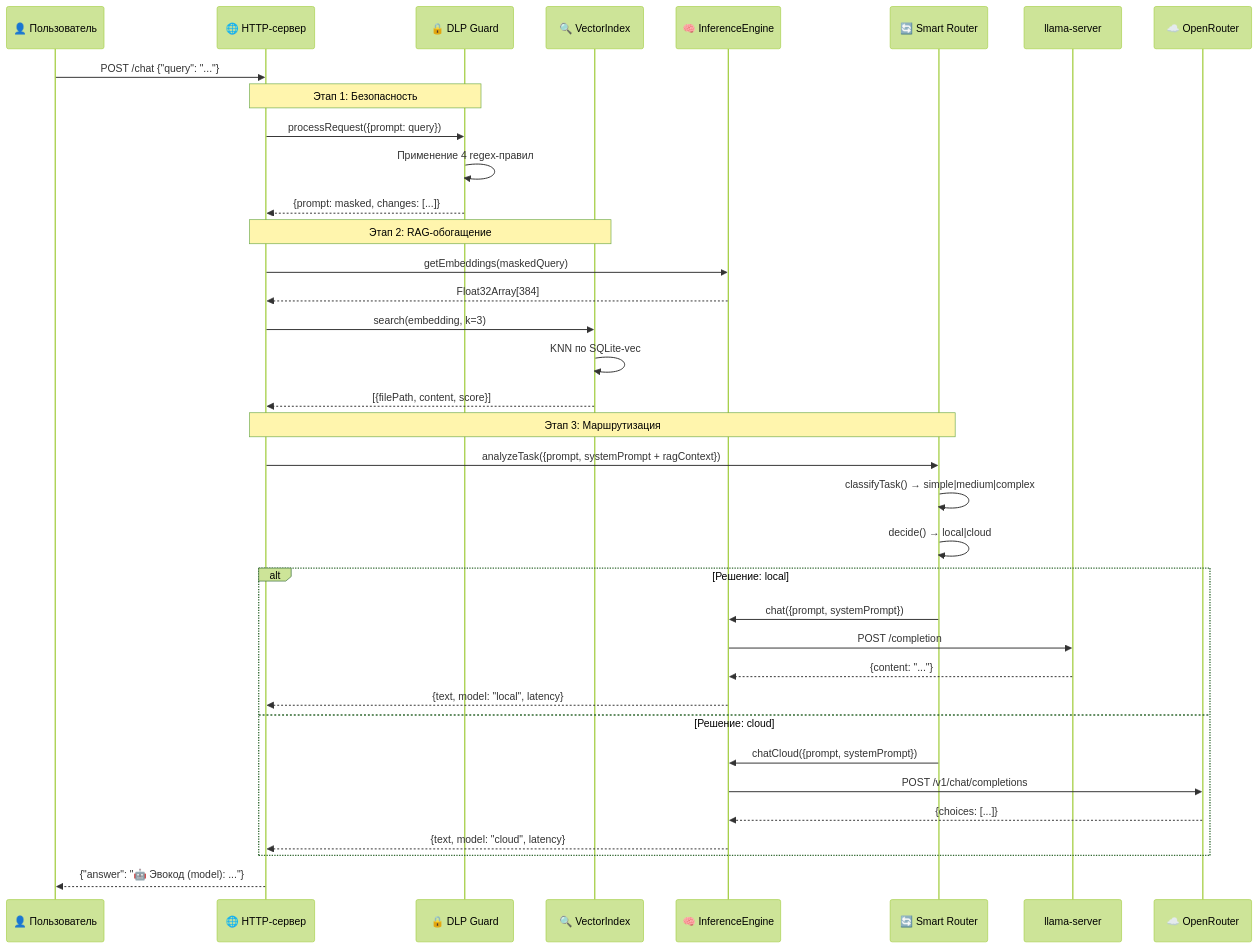
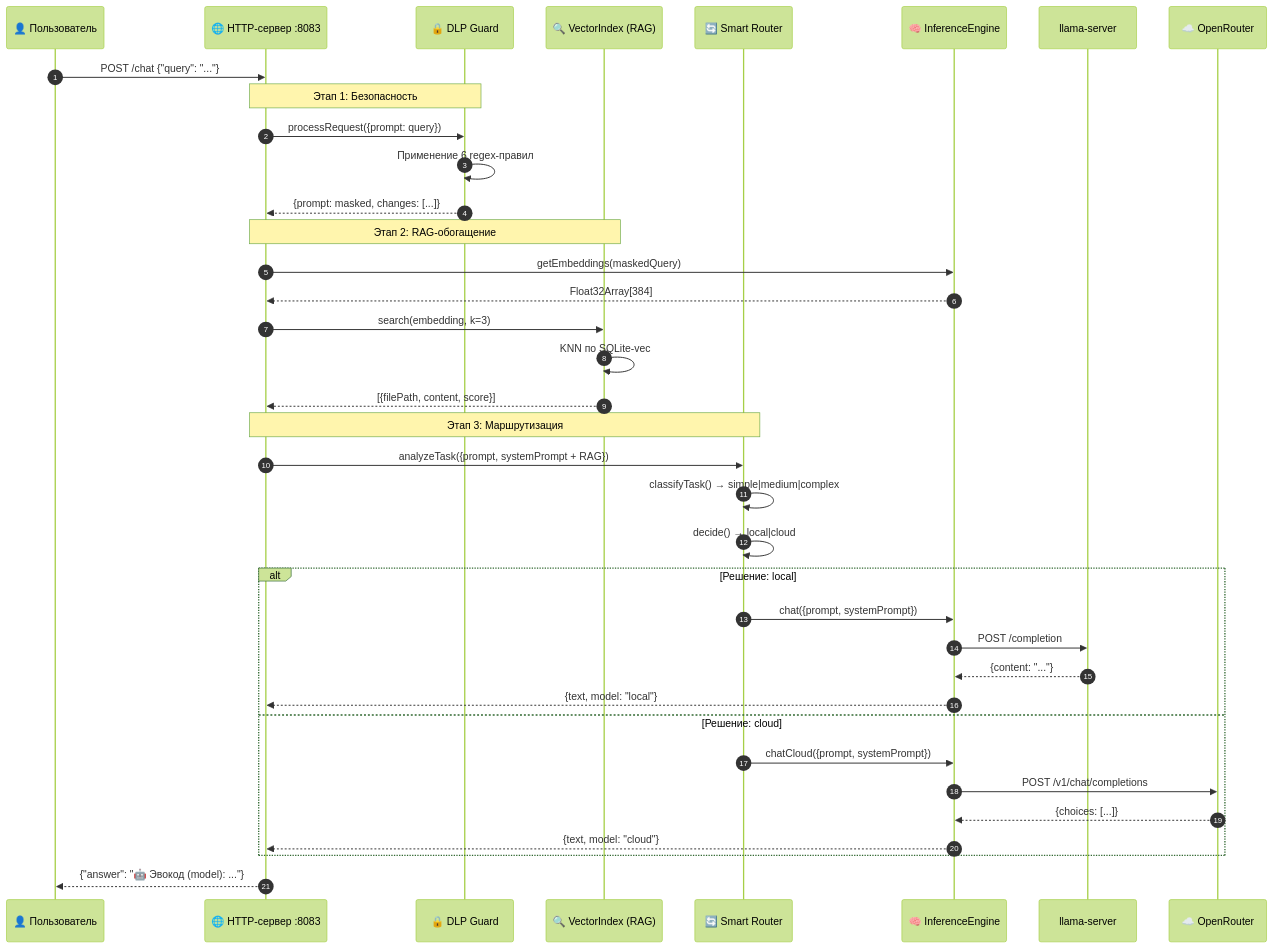
One commit to Bezooom/Evocode changed the second of 6 diagrams in docs/ARCHITECTURE.md. Above: the diagram before and after it, drawn with Mermaid (forest theme). The commit also changed other lines of this file and 4 other files, not shown here.

Commit message:
docs: optimize Mermaid diagram sizing and styling; make VISUAL architecture interactive HTML

````diff
--- a/docs/ARCHITECTURE.md
+++ b/docs/ARCHITECTURE.md
@@ -77,44 +59,45 @@
 ```mermaid
 sequenceDiagram
+    autonumber
     participant U as 👤 Пользователь
-    participant S as 🌐 HTTP-сервер
+    participant S as 🌐 HTTP-сервер :8083
     participant D as 🔒 DLP Guard
-    participant V as 🔍 VectorIndex
+    participant V as 🔍 VectorIndex (RAG)
+    participant R as 🔄 Smart Router
     participant IE as 🧠 InferenceEngine
-    participant R as 🔄 Smart Router
     participant L as llama-server
     participant C as ☁️ OpenRouter
 
     U->>S: POST /chat {"query": "..."}
     
     Note over S,D: Этап 1: Безопасность
     S->>D: processRequest({prompt: query})
-    D->>D: Применение 4 regex-правил
+    D->>D: Применение 6 regex-правил
     D-->>S: {prompt: masked, changes: [...]}
     
     Note over S,V: Этап 2: RAG-обогащение
     S->>IE: getEmbeddings(maskedQuery)
     IE-->>S: Float32Array[384]
     S->>V: search(embedding, k=3)
     V->>V: KNN по SQLite-vec
     V-->>S: [{filePath, content, score}]
     
     Note over S,R: Этап 3: Маршрутизация
-    S->>R: analyzeTask({prompt, systemPrompt + ragContext})
+    S->>R: analyzeTask({prompt, systemPrompt + RAG})
     R->>R: classifyTask() → simple|medium|complex
     R->>R: decide() → local|cloud
     
     alt Решение: local
         R->>IE: chat({prompt, systemPrompt})
         IE->>L: POST /completion
         L-->>IE: {content: "..."}
-        IE-->>S: {text, model: "local", latency}
+        IE-->>S: {text, model: "local"}
     else Решение: cloud
         R->>IE: chatCloud({prompt, systemPrompt})
         IE->>C: POST /v1/chat/completions
         C-->>IE: {choices: [...]}
-        IE-->>S: {text, model: "cloud", latency}
+        IE-->>S: {text, model: "cloud"}
     end
     
     S-->>U: {"answer": "🤖 Эвокод (model): ..."}
 ```
````
